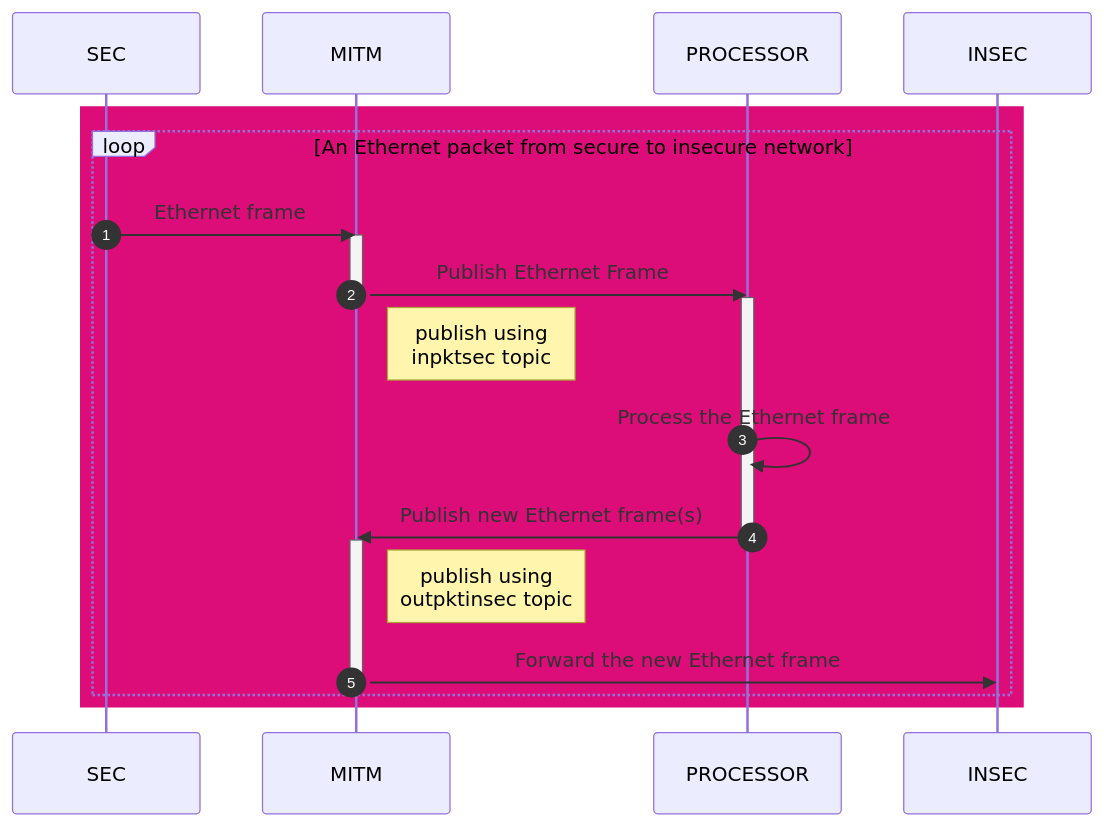
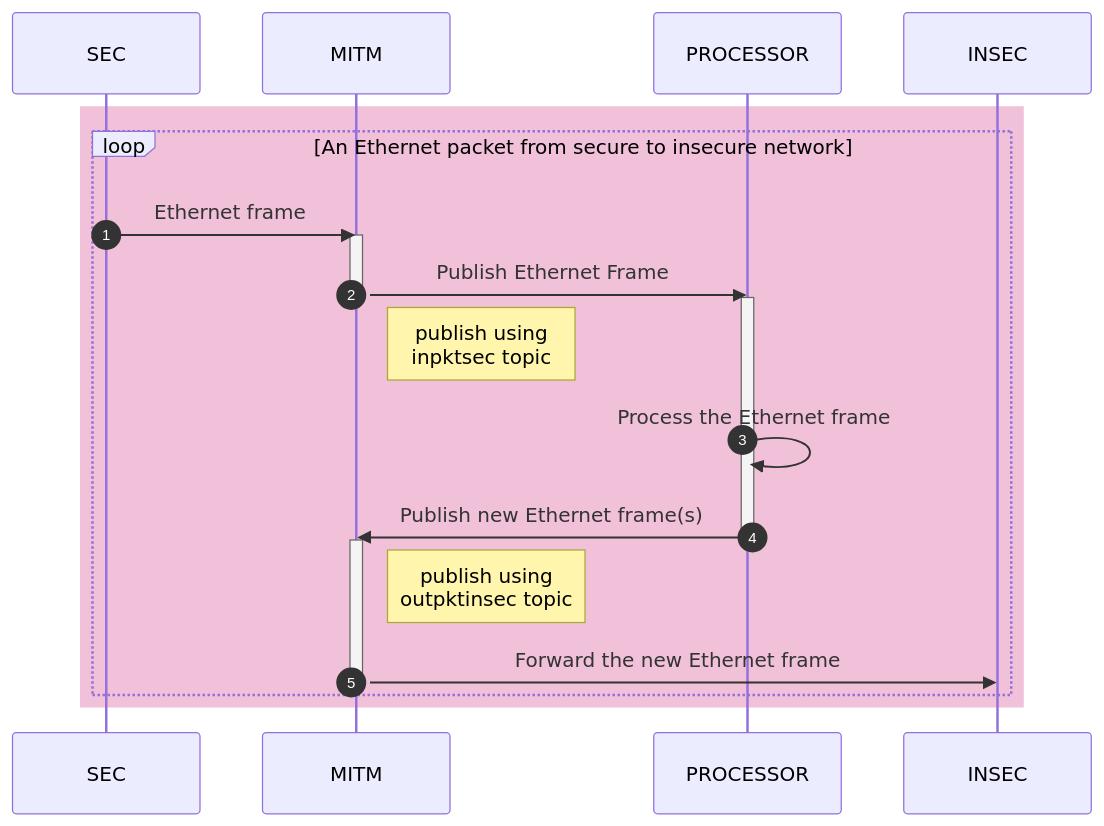
Before and after one commit to bartuakyurek/middlebox: the second of 3 diagrams in README.md, drawn with Mermaid. The commit also changed other lines of this file, not shown here.

Commit message:
Revert "Update diagram background"
This reverts commit 343465e7ffbc169f2f4014f5efed72fba2625137.

````diff
--- a/README.md
+++ b/README.md
@@ -67,28 +67,28 @@
 ```mermaid
 sequenceDiagram
 
     participant SEC
     participant MITM
     participant PROCESSOR
     participant INSEC
     autonumber
     
-    rect rgb(220, 13, 120)
+    rect rgb(241, 192, 217)
     loop An Ethernet packet from secure to insecure network
         SEC->>MITM: Ethernet frame
         activate MITM
         MITM->>PROCESSOR: Publish Ethernet Frame
         deactivate MITM
         activate PROCESSOR
         Note right of MITM: publish using <br/>inpktsec topic
         PROCESSOR->>PROCESSOR: Process the Ethernet frame
         PROCESSOR->>MITM: Publish new Ethernet frame(s)
         deactivate PROCESSOR
         activate MITM
         Note right of MITM: publish using <br/>outpktinsec topic
         MITM->>INSEC: Forward the new Ethernet frame
         deactivate MITM
     end
     end
     
 ```
````
